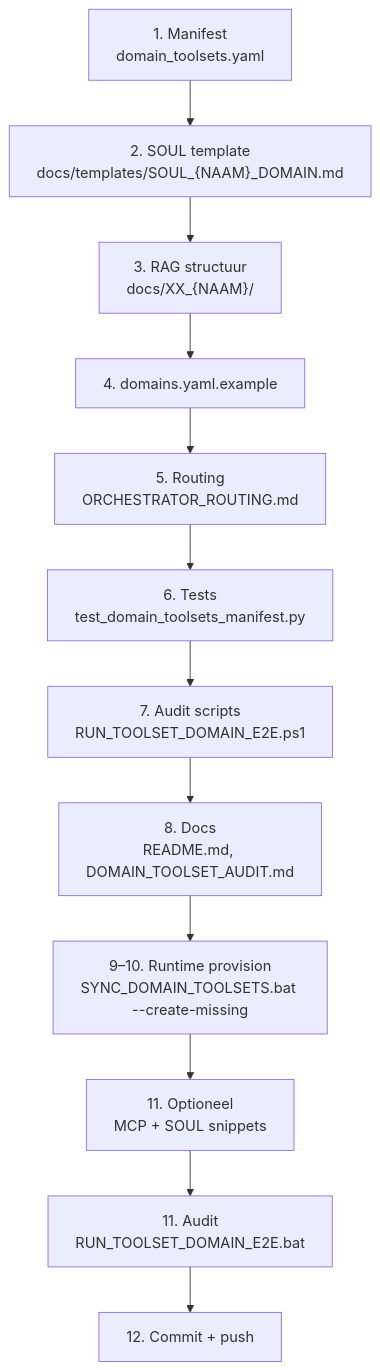
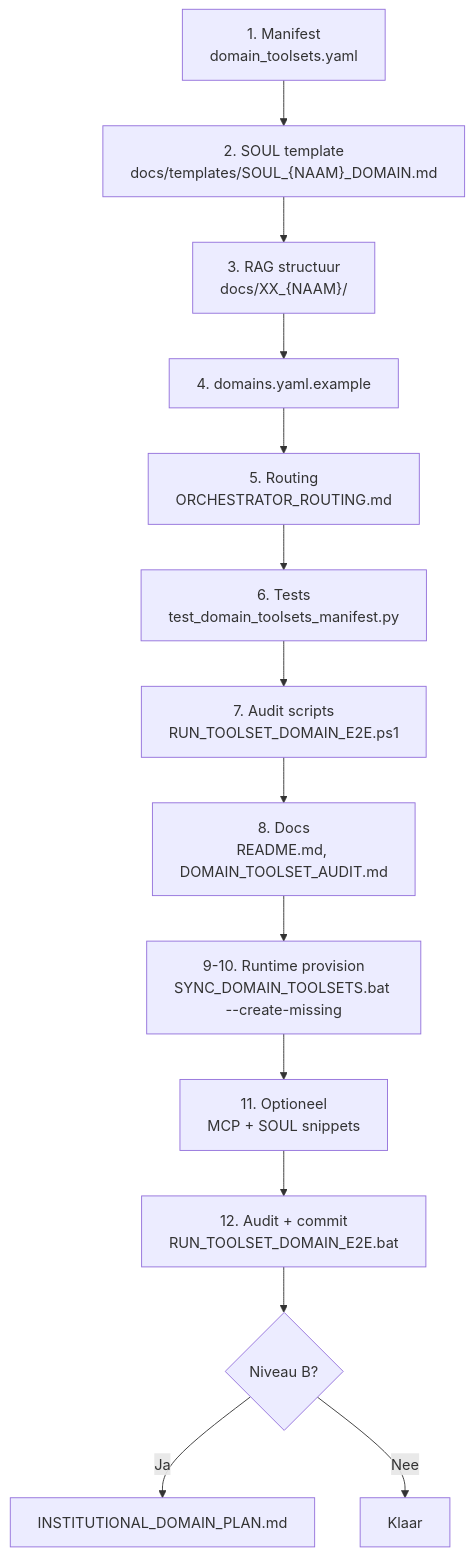
Before and after one commit to J80-droid/hermes-agent-windows-nl: the second of 2 diagrams in docs/DOMAIN_BLUEPRINT.md, drawn with Mermaid. The commit also changed other lines of this file and 8 other files, not shown here.

First line of the commit message:
docs(domain): institutioneel domeinplan + blueprint Niveau A/B

````diff
--- a/docs/DOMAIN_BLUEPRINT.md
+++ b/docs/DOMAIN_BLUEPRINT.md
@@ -7,14 +26,16 @@
 ```mermaid
 flowchart TD
     A["1. Manifest<br>domain_toolsets.yaml"] --> B["2. SOUL template<br>docs/templates/SOUL_{NAAM}_DOMAIN.md"]
     B --> C["3. RAG structuur<br>docs/XX_{NAAM}/"]
     C --> D["4. domains.yaml.example"]
     D --> E["5. Routing<br>ORCHESTRATOR_ROUTING.md"]
     E --> F["6. Tests<br>test_domain_toolsets_manifest.py"]
     F --> G["7. Audit scripts<br>RUN_TOOLSET_DOMAIN_E2E.ps1"]
     G --> H["8. Docs<br>README.md, DOMAIN_TOOLSET_AUDIT.md"]
-    H --> I["9–10. Runtime provision<br>SYNC_DOMAIN_TOOLSETS.bat --create-missing"]
+    H --> I["9-10. Runtime provision<br>SYNC_DOMAIN_TOOLSETS.bat --create-missing"]
     I --> J["11. Optioneel<br>MCP + SOUL snippets"]
-    J --> K["11. Audit<br>RUN_TOOLSET_DOMAIN_E2E.bat"]
-    K --> L["12. Commit + push"]
+    J --> K["12. Audit + commit<br>RUN_TOOLSET_DOMAIN_E2E.bat"]
+    K --> L{Niveau B?}
+    L -->|Ja| M[INSTITUTIONAL_DOMAIN_PLAN.md]
+    L -->|Nee| N[Klaar]
 ```
````
